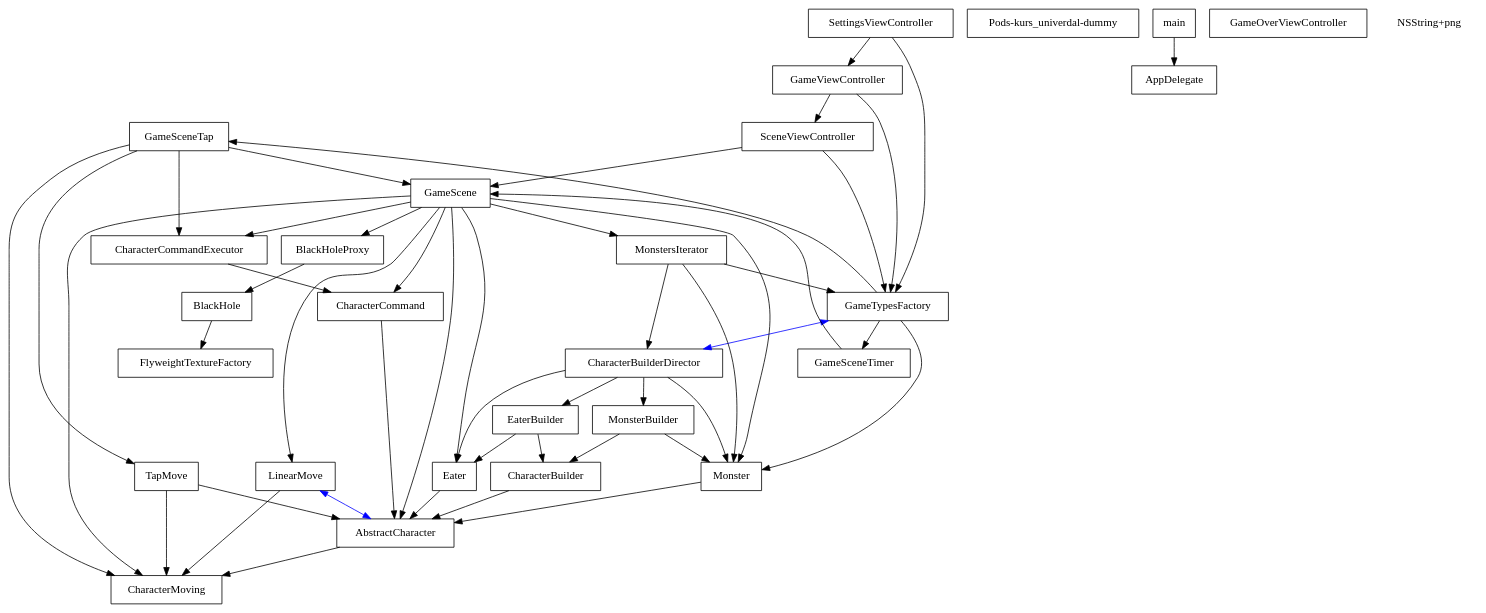
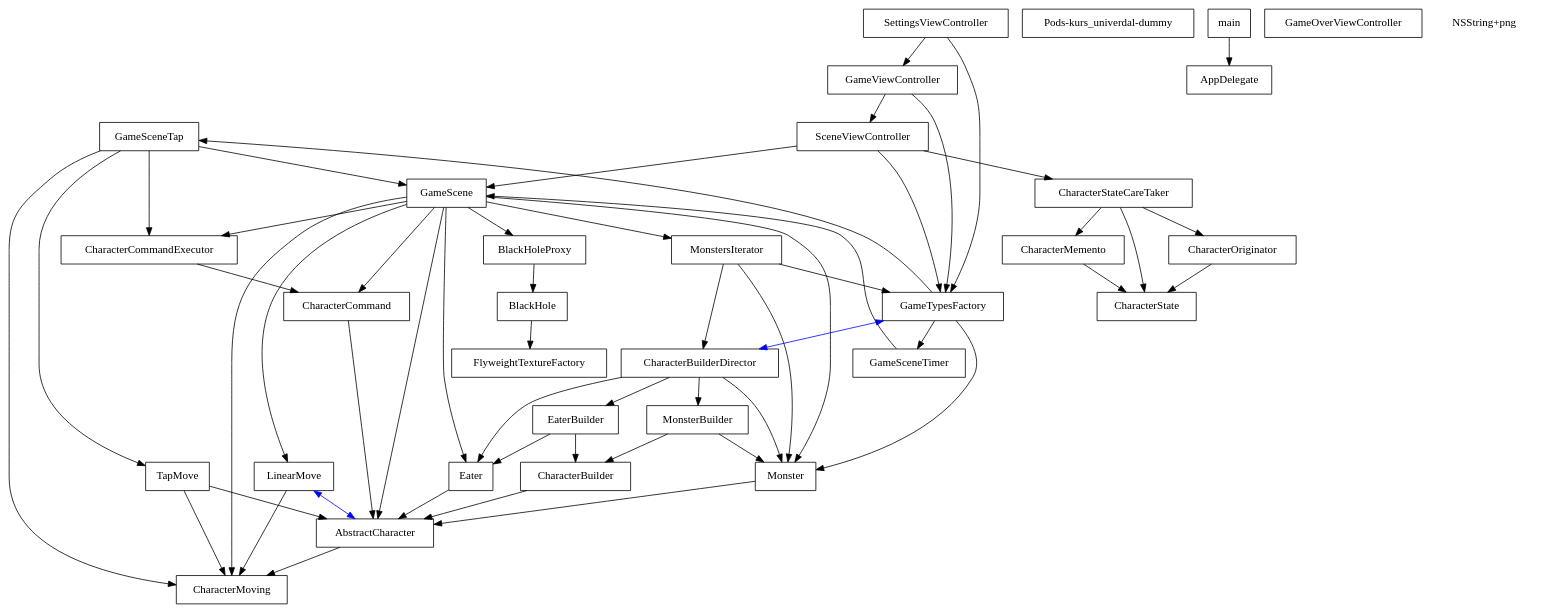
Before and after one commit to dmsl1805/kurs_univerdal: the diagram in kurs_univerdal.dot, drawn with Graphviz. The commit also changed 43 other files, not shown here.

```diff
--- a/kurs_univerdal.dot
+++ b/kurs_univerdal.dot
@@ -1,63 +1,70 @@
 digraph G {
 	node [shape=box];
 	"EaterBuilder" -> "CharacterBuilder";
 	"EaterBuilder" -> "Eater";
 	"TapMove" -> "AbstractCharacter";
 	"TapMove" -> "CharacterMoving";
+	"CharacterState" -> {};
+	"CharacterStateCareTaker" -> "CharacterOriginator";
+	"CharacterStateCareTaker" -> "CharacterState";
+	"CharacterStateCareTaker" -> "CharacterMemento";
+	"SceneViewController" -> "GameScene";
 	"SceneViewController" -> "GameTypesFactory";
-	"SceneViewController" -> "GameScene";
+	"SceneViewController" -> "CharacterStateCareTaker";
+	"CharacterMemento" -> "CharacterState";
 	"CharacterMoving" -> {};
 	"Monster" -> "AbstractCharacter";
 	"BlackHoleProxy" -> "BlackHole";
 	"FlyweightTextureFactory" -> {};
 	"Eater" -> "AbstractCharacter";
 	"CharacterCommand" -> "AbstractCharacter";
 	"GameSceneTap" -> "CharacterCommandExecutor";
 	"GameSceneTap" -> "TapMove";
 	"GameSceneTap" -> "CharacterMoving";
 	"GameSceneTap" -> "GameScene";
 	"Pods-kurs_univerdal-dummy" -> {};
 	"main" -> "AppDelegate";
 	"GameViewController" -> "SceneViewController";
 	"GameViewController" -> "GameTypesFactory";
 	"BlackHole" -> "FlyweightTextureFactory";
 	"AppDelegate" -> {};
 	"LinearMove" -> "CharacterMoving";
 	"GameTypesFactory" -> "Monster";
 	"GameTypesFactory" -> "GameSceneTap";
 	"GameTypesFactory" -> "GameSceneTimer";
 	"AbstractCharacter" -> "CharacterMoving";
 	"MonsterBuilder" -> "CharacterBuilder";
 	"MonsterBuilder" -> "Monster";
 	"SettingsViewController" -> "GameTypesFactory";
 	"SettingsViewController" -> "GameViewController";
 	"GameOverViewController" -> {};
 	"CharacterBuilder" -> "AbstractCharacter";
+	"CharacterOriginator" -> "CharacterState";
 	"CharacterBuilderDirector" -> "MonsterBuilder";
 	"CharacterBuilderDirector" -> "EaterBuilder";
 	"CharacterBuilderDirector" -> "Monster";
 	"CharacterBuilderDirector" -> "Eater";
 	"MonstersIterator" -> "CharacterBuilderDirector";
 	"MonstersIterator" -> "GameTypesFactory";
 	"MonstersIterator" -> "Monster";
 	"CharacterCommandExecutor" -> "CharacterCommand";
 	"GameScene" -> "CharacterMoving";
 	"GameScene" -> "Monster";
 	"GameScene" -> "MonstersIterator";
 	"GameScene" -> "Eater";
 	"GameScene" -> "BlackHoleProxy";
 	"GameScene" -> "LinearMove";
 	"GameScene" -> "CharacterCommandExecutor";
 	"GameScene" -> "CharacterCommand";
 	"GameScene" -> "AbstractCharacter";
 	"GameSceneTimer" -> "GameScene";
 	
 	
 	edge [color=blue, dir=both];
 	"GameTypesFactory" -> "CharacterBuilderDirector";
 	"LinearMove" -> "AbstractCharacter";
 	
 	edge [color=black];
 	node [shape=plaintext];
 	"Categories" [label="NSString+png"];
 }
```
